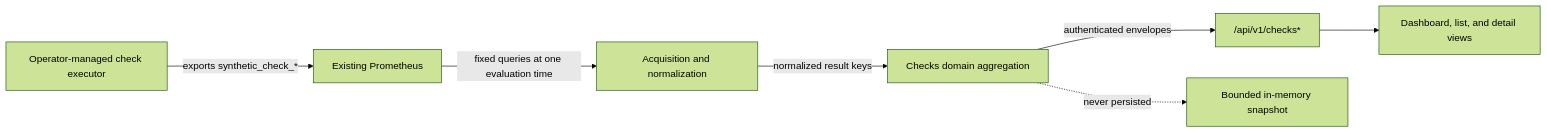
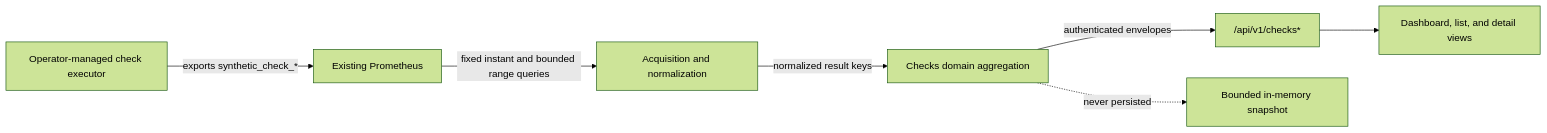
Before and after one commit to D1ffic00lt/alert-hub: the second of 3 diagrams in docs/architecture.md, drawn with Mermaid (forest theme). The commit also changed other lines of this file and 28 other files, not shown here.

````diff
--- a/docs/architecture.md
+++ b/docs/architecture.md
@@ -62,9 +67,9 @@
 ```mermaid
 flowchart LR
     EXEC["Operator-managed check executor"] -->|"exports synthetic_check_*"| PROM["Existing Prometheus"]
-    PROM -->|"fixed queries at one evaluation time"| NORM["Acquisition and normalization"]
+    PROM -->|"fixed instant and bounded range queries"| NORM["Acquisition and normalization"]
     NORM -->|"normalized result keys"| AGG["Checks domain aggregation"]
     AGG -->|"authenticated envelopes"| CHECKAPI["/api/v1/checks*"]
     CHECKAPI --> CHECKUI["Dashboard, list, and detail views"]
     AGG -. "never persisted" .-> CACHE["Bounded in-memory snapshot"]
 ```
````
